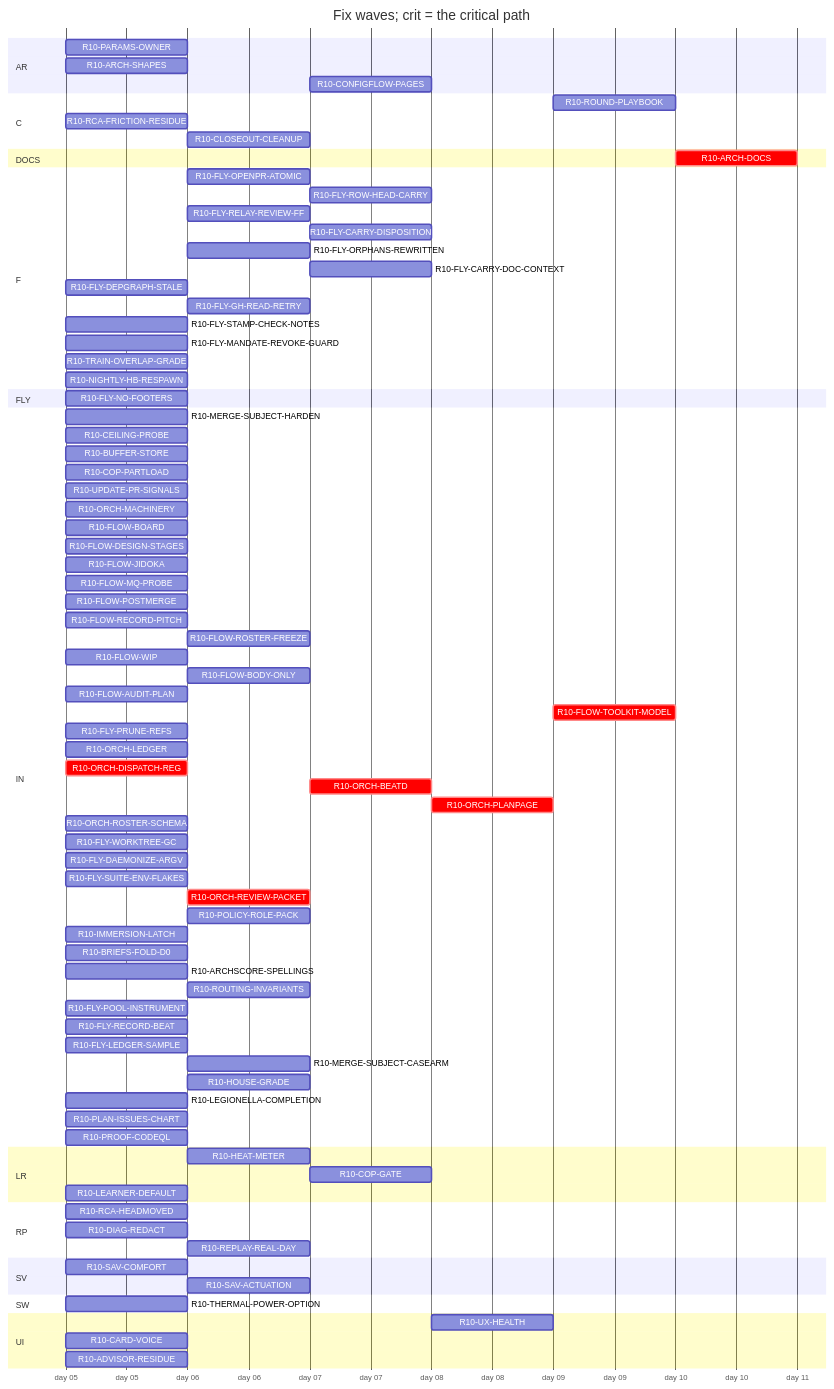
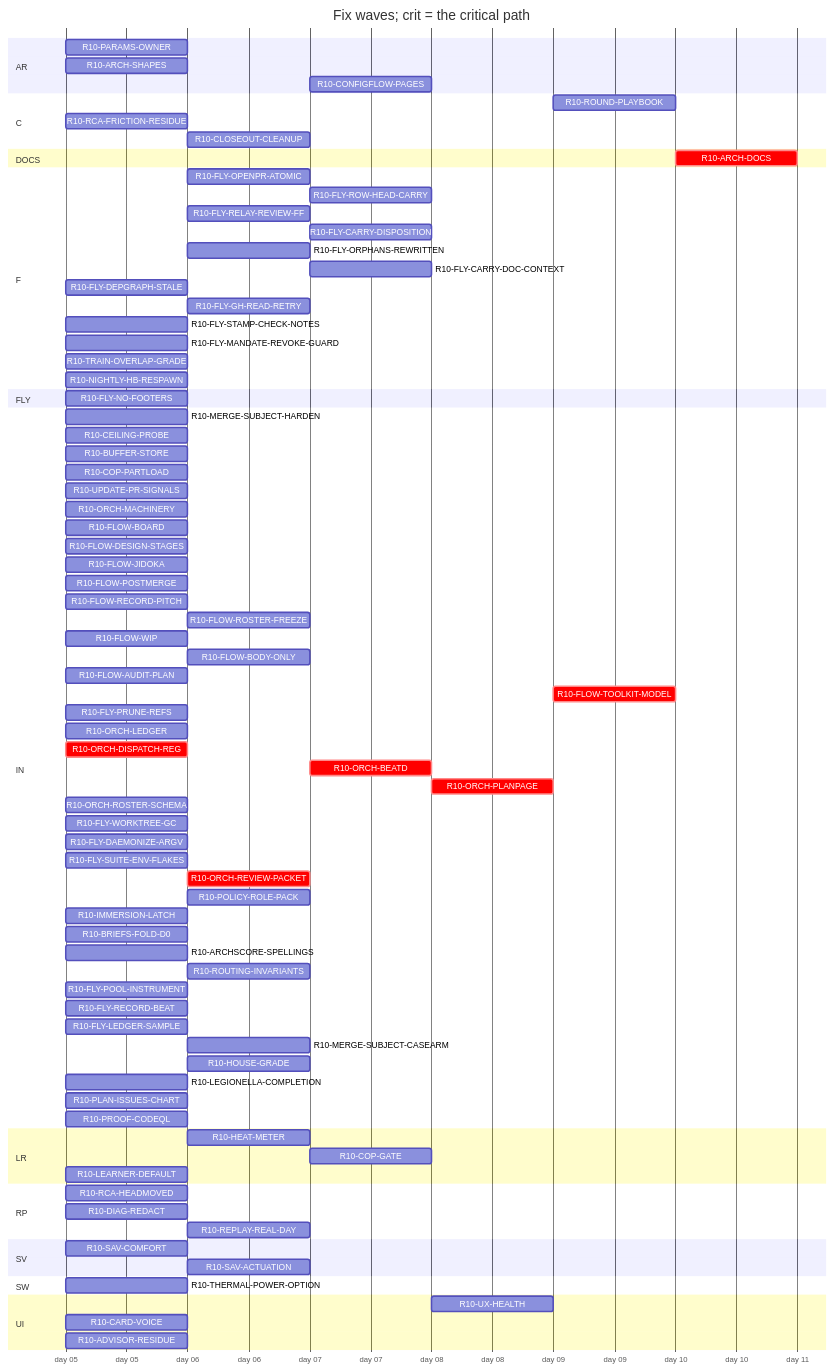
Before and after one commit to tvofi/heatpump_optimizer: the diagram in handoff/round10/state/PLAN-TABLE.md, drawn with Mermaid. The commit also changed other lines of this file and 2 other files, not shown here.

```diff
--- a/handoff/round10/state/PLAN-TABLE.md
+++ b/handoff/round10/state/PLAN-TABLE.md
@@ -35,14 +35,14 @@
     R10-RCA-FRICTION-RESIDUE :r10RCAFRICTIONRESIDUE, 2026-01-05, 1d
     R10-CLOSEOUT-CLEANUP :r10CLOSEOUTCLEANUP, after r10FLYPRUNEREFS r10FLYWORKTREEGC, 1d
   section DOCS
-    R10-ARCH-DOCS :crit, r10ARCHDOCS, after r10PARAMSOWNER r10ARCHSHAPES r10HEATMETER r10COPGATE r10UXHEALTH r10CONFIGFLOWPAGES r10RCAHEADMOVED r10SAVCOMFORT r10MERGESUBJECTHARDEN r10CEILINGPROBE r10BUFFERSTORE r10COPPARTLOAD r10UPDATEPRSIGNALS r10CARDVOICE r10THERMALPOWEROPTION r10LEARNERDEFAULT r10FLOWBOARD r10FLOWDESIGNSTAGES r10FLOWJIDOKA r10FLOWMQPROBE r10FLOWPOSTMERGE r10FLOWRECORDPITCH r10FLOWROSTERFREEZE r10FLOWWIP r10FLOWBODYONLY r10FLYOPENPRATOMIC r10FLYROWHEADCARRY r10FLOWAUDITPLAN r10FLYRELAYREVIEWFF r10FLYCARRYDISPOSITION r10FLYORPHANSREWRITTEN r10FLYCARRYDOCCONTEXT r10FLYDEPGRAPHSTALE r10FLOWTOOLKITMODEL r10FLYSTAMPCHECKNOTES r10FLYMANDATEREVOKEGUARD r10RCAFRICTIONRESIDUE r10TRAINOVERLAPGRADE r10NIGHTLYHBRESPAWN r10FLYPRUNEREFS r10ORCHLEDGER r10ORCHDISPATCHREG r10ORCHBEATD r10ORCHPLANPAGE r10ORCHROSTERSCHEMA r10FLYWORKTREEGC r10FLYDAEMONIZEARGV r10ORCHREVIEWPACKET r10POLICYROLEPACK r10IMMERSIONLATCH r10DIAGREDACT r10ADVISORRESIDUE r10BRIEFSFOLDD0 r10REPLAYREALDAY r10ARCHSCORESPELLINGS r10SAVACTUATION r10FLYLEDGERSAMPLE r10LEGIONELLACOMPLETION r10PLANISSUESCHART, 1d
+    R10-ARCH-DOCS :crit, r10ARCHDOCS, after r10PARAMSOWNER r10ARCHSHAPES r10HEATMETER r10COPGATE r10UXHEALTH r10CONFIGFLOWPAGES r10RCAHEADMOVED r10SAVCOMFORT r10MERGESUBJECTHARDEN r10CEILINGPROBE r10BUFFERSTORE r10COPPARTLOAD r10UPDATEPRSIGNALS r10CARDVOICE r10THERMALPOWEROPTION r10LEARNERDEFAULT r10FLOWBOARD r10FLOWDESIGNSTAGES r10FLOWJIDOKA r10FLOWPOSTMERGE r10FLOWRECORDPITCH r10FLOWROSTERFREEZE r10FLOWWIP r10FLOWBODYONLY r10FLYOPENPRATOMIC r10FLYROWHEADCARRY r10FLOWAUDITPLAN r10FLYRELAYREVIEWFF r10FLYCARRYDISPOSITION r10FLYORPHANSREWRITTEN r10FLYCARRYDOCCONTEXT r10FLYDEPGRAPHSTALE r10FLOWTOOLKITMODEL r10FLYSTAMPCHECKNOTES r10FLYMANDATEREVOKEGUARD r10RCAFRICTIONRESIDUE r10TRAINOVERLAPGRADE r10NIGHTLYHBRESPAWN r10FLYPRUNEREFS r10ORCHLEDGER r10ORCHDISPATCHREG r10ORCHBEATD r10ORCHPLANPAGE r10ORCHROSTERSCHEMA r10FLYWORKTREEGC r10FLYDAEMONIZEARGV r10ORCHREVIEWPACKET r10POLICYROLEPACK r10IMMERSIONLATCH r10DIAGREDACT r10ADVISORRESIDUE r10BRIEFSFOLDD0 r10REPLAYREALDAY r10ARCHSCORESPELLINGS r10SAVACTUATION r10FLYLEDGERSAMPLE r10LEGIONELLACOMPLETION r10PLANISSUESCHART, 1d
   section F
     R10-FLY-OPENPR-ATOMIC :r10FLYOPENPRATOMIC, after r10UPDATEPRSIGNALS, 1d
-    R10-FLY-ROW-HEAD-CARRY :r10FLYROWHEADCARRY, after r10FLYOPENPRATOMIC r10FLOWMQPROBE, 1d
+    R10-FLY-ROW-HEAD-CARRY :r10FLYROWHEADCARRY, after r10FLYOPENPRATOMIC, 1d
     R10-FLY-RELAY-REVIEW-FF :r10FLYRELAYREVIEWFF, after r10UPDATEPRSIGNALS, 1d
     R10-FLY-CARRY-DISPOSITION :r10FLYCARRYDISPOSITION, after r10FLYORPHANSREWRITTEN, 1d
     R10-FLY-ORPHANS-REWRITTEN :r10FLYORPHANSREWRITTEN, after r10UPDATEPRSIGNALS, 1d
-    R10-FLY-CARRY-DOC-CONTEXT :r10FLYCARRYDOCCONTEXT, after r10FLYGHREADRETRY r10FLOWMQPROBE, 1d
+    R10-FLY-CARRY-DOC-CONTEXT :r10FLYCARRYDOCCONTEXT, after r10FLYGHREADRETRY, 1d
     R10-FLY-DEPGRAPH-STALE :r10FLYDEPGRAPHSTALE, 2026-01-05, 1d
     R10-FLY-GH-READ-RETRY :r10FLYGHREADRETRY, after r10UPDATEPRSIGNALS, 1d
     R10-FLY-STAMP-CHECK-NOTES :r10FLYSTAMPCHECKNOTES, 2026-01-05, 1d
@@ -61,7 +61,6 @@
     R10-FLOW-BOARD :r10FLOWBOARD, 2026-01-05, 1d
     R10-FLOW-DESIGN-STAGES :r10FLOWDESIGNSTAGES, 2026-01-05, 1d
     R10-FLOW-JIDOKA :r10FLOWJIDOKA, 2026-01-05, 1d
-    R10-FLOW-MQ-PROBE :r10FLOWMQPROBE, 2026-01-05, 1d
     R10-FLOW-POSTMERGE :r10FLOWPOSTMERGE, 2026-01-05, 1d
     R10-FLOW-RECORD-PITCH :r10FLOWRECORDPITCH, 2026-01-05, 1d
     R10-FLOW-ROSTER-FREEZE :r10FLOWROSTERFREEZE, after r10UPDATEPRSIGNALS, 1d
```
